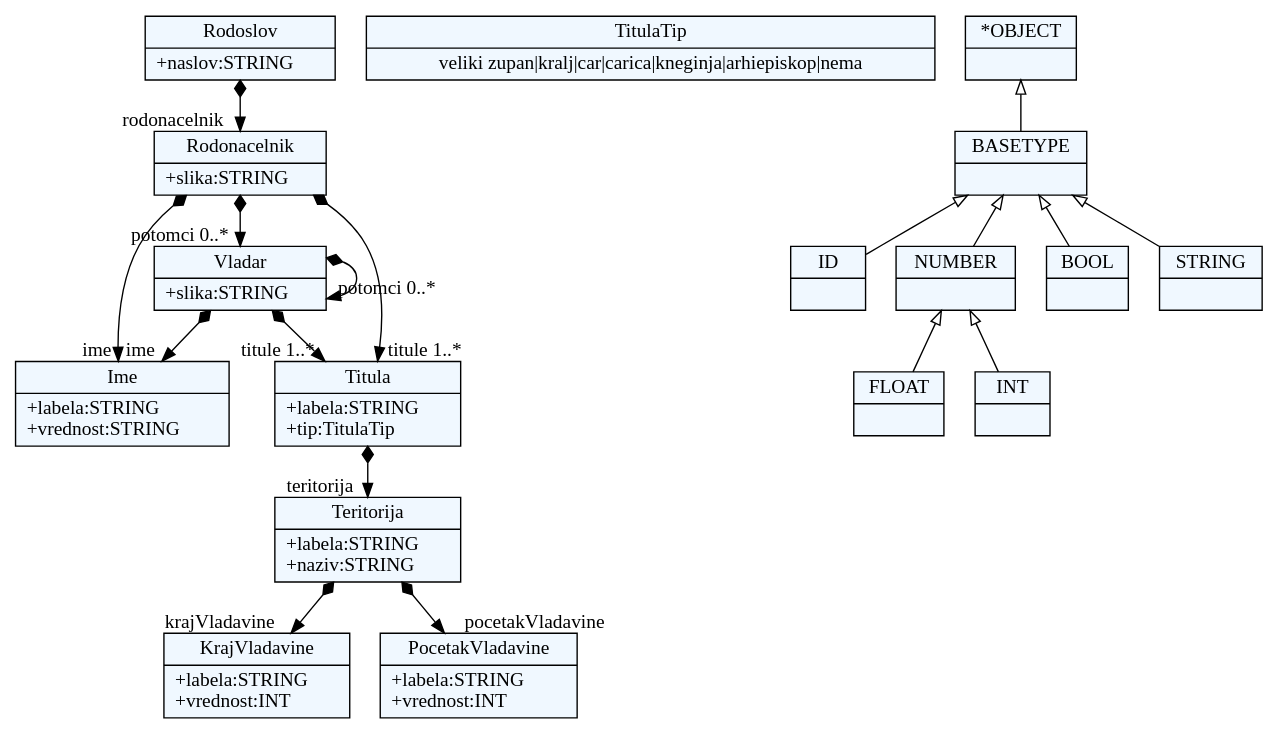
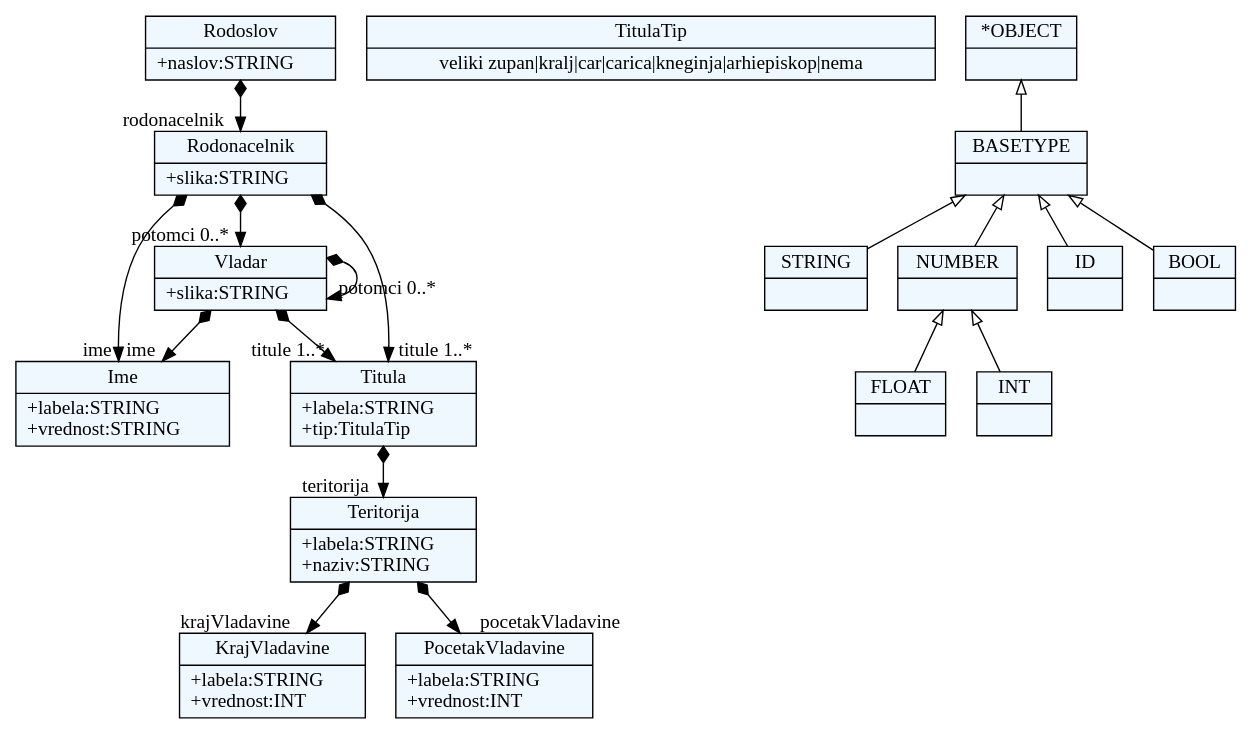
One commit to milenaL9/JSD_2017 changed the diagram in Projekat/forms/forms.dot. Above: the diagram before and after it, drawn with Graphviz. The commit also changed 9 other files, not shown here.

```diff
--- a/Projekat/forms/forms.dot
+++ b/Projekat/forms/forms.dot
@@ -1,66 +1,66 @@
 
     digraph xtext {
     fontname = "Bitstream Vera Sans"
     fontsize = 8
     node[
         shape=record,
         style=filled,
         fillcolor=aliceblue
     ]
     nodesep = 0.3
     edge[dir=black,arrowtail=empty]
 
 
-2917124660552 -> 2917124664328[arrowtail=diamond, dir=both, headlabel="rodonacelnik "]
-2917124660552[ label="{Rodoslov|+naslov:STRING\l}"]
+1987397880328[ label="{KrajVladavine|+labela:STRING\l+vrednost:INT\l}"]
 
-2917124637896[ label="{Ime|+labela:STRING\l+vrednost:STRING\l}"]
+1987397871832[ label="{Ime|+labela:STRING\l+vrednost:STRING\l}"]
 
-2917124667160 -> 2917124637896[arrowtail=diamond, dir=both, headlabel="ime "]
-2917124667160 -> 2917124638840[arrowtail=diamond, dir=both, headlabel="titule 1..*"]
-2917124667160 -> 2917124667160[arrowtail=diamond, dir=both, headlabel="potomci 0..*"]
-2917124667160[ label="{Vladar|+slika:STRING\l}"]
+1987397893544[ label="{PocetakVladavine|+labela:STRING\l+vrednost:INT\l}"]
 
-2917124692648[ label="{KrajVladavine|+labela:STRING\l+vrednost:INT\l}"]
+1987397874664 -> 1987397890712[arrowtail=diamond, dir=both, headlabel="teritorija "]
+1987397874664[ label="{Titula|+labela:STRING\l+tip:TitulaTip\l}"]
 
-2917124672824[ label="{TitulaTip|veliki zupan\|kralj\|car\|carica\|kneginja\|arhiepiskop\|nema}"]
+1987397878440[ label="{TitulaTip|veliki zupan\|kralj\|car\|carica\|kneginja\|arhiepiskop\|nema}"]
 
-2917124682264[ label="{PocetakVladavine|+labela:STRING\l+vrednost:INT\l}"]
+1987397838792 -> 1987397871832[arrowtail=diamond, dir=both, headlabel="ime "]
+1987397838792 -> 1987397874664[arrowtail=diamond, dir=both, headlabel="titule 1..*"]
+1987397838792 -> 1987397862392[arrowtail=diamond, dir=both, headlabel="potomci 0..*"]
+1987397838792[ label="{Rodonacelnik|+slika:STRING\l}"]
 
-2917124638840 -> 2917124681320[arrowtail=diamond, dir=both, headlabel="teritorija "]
-2917124638840[ label="{Titula|+labela:STRING\l+tip:TitulaTip\l}"]
+1987397890712 -> 1987397893544[arrowtail=diamond, dir=both, headlabel="pocetakVladavine "]
+1987397890712 -> 1987397880328[arrowtail=diamond, dir=both, headlabel="krajVladavine "]
+1987397890712[ label="{Teritorija|+labela:STRING\l+naziv:STRING\l}"]
 
-2917124681320 -> 2917124682264[arrowtail=diamond, dir=both, headlabel="pocetakVladavine "]
-2917124681320 -> 2917124692648[arrowtail=diamond, dir=both, headlabel="krajVladavine "]
-2917124681320[ label="{Teritorija|+labela:STRING\l+naziv:STRING\l}"]
+1987397842568 -> 1987397838792[arrowtail=diamond, dir=both, headlabel="rodonacelnik "]
+1987397842568[ label="{Rodoslov|+naslov:STRING\l}"]
 
-2917124664328 -> 2917124637896[arrowtail=diamond, dir=both, headlabel="ime "]
-2917124664328 -> 2917124638840[arrowtail=diamond, dir=both, headlabel="titule 1..*"]
-2917124664328 -> 2917124667160[arrowtail=diamond, dir=both, headlabel="potomci 0..*"]
-2917124664328[ label="{Rodonacelnik|+slika:STRING\l}"]
+1987397862392 -> 1987397871832[arrowtail=diamond, dir=both, headlabel="ime "]
+1987397862392 -> 1987397874664[arrowtail=diamond, dir=both, headlabel="titule 1..*"]
+1987397862392 -> 1987397862392[arrowtail=diamond, dir=both, headlabel="potomci 0..*"]
+1987397862392[ label="{Vladar|+slika:STRING\l}"]
 
-2917124651112[ label="{ID|}"]
+1987397851064[ label="{STRING|}"]
 
-2917124647336[ label="{*OBJECT|}"]
-2917124647336 -> 2917124649224 [dir=back]
+1987397836904[ label="{NUMBER|}"]
+1987397836904 -> 1987397846344 [dir=back]
+1987397836904 -> 1987397852952 [dir=back]
 
-2917124654888[ label="{NUMBER|}"]
-2917124654888 -> 2917124640728 [dir=back]
-2917124654888 -> 2917124636008 [dir=back]
+1987397846344[ label="{FLOAT|}"]
 
-2917124636008[ label="{INT|}"]
+1987397852952[ label="{INT|}"]
 
-2917124649224[ label="{BASETYPE|}"]
-2917124649224 -> 2917124654888 [dir=back]
-2917124649224 -> 2917124653944 [dir=back]
-2917124649224 -> 2917124651112 [dir=back]
-2917124649224 -> 2917124653000 [dir=back]
+1987397839736[ label="{ID|}"]
 
-2917124653000[ label="{STRING|}"]
+1987397859560[ label="{BASETYPE|}"]
+1987397859560 -> 1987397836904 [dir=back]
+1987397859560 -> 1987397845400 [dir=back]
+1987397859560 -> 1987397839736 [dir=back]
+1987397859560 -> 1987397851064 [dir=back]
 
-2917124640728[ label="{FLOAT|}"]
+1987397845400[ label="{BOOL|}"]
 
-2917124653944[ label="{BOOL|}"]
+1987397860504[ label="{*OBJECT|}"]
+1987397860504 -> 1987397859560 [dir=back]
 
 
 }
```
